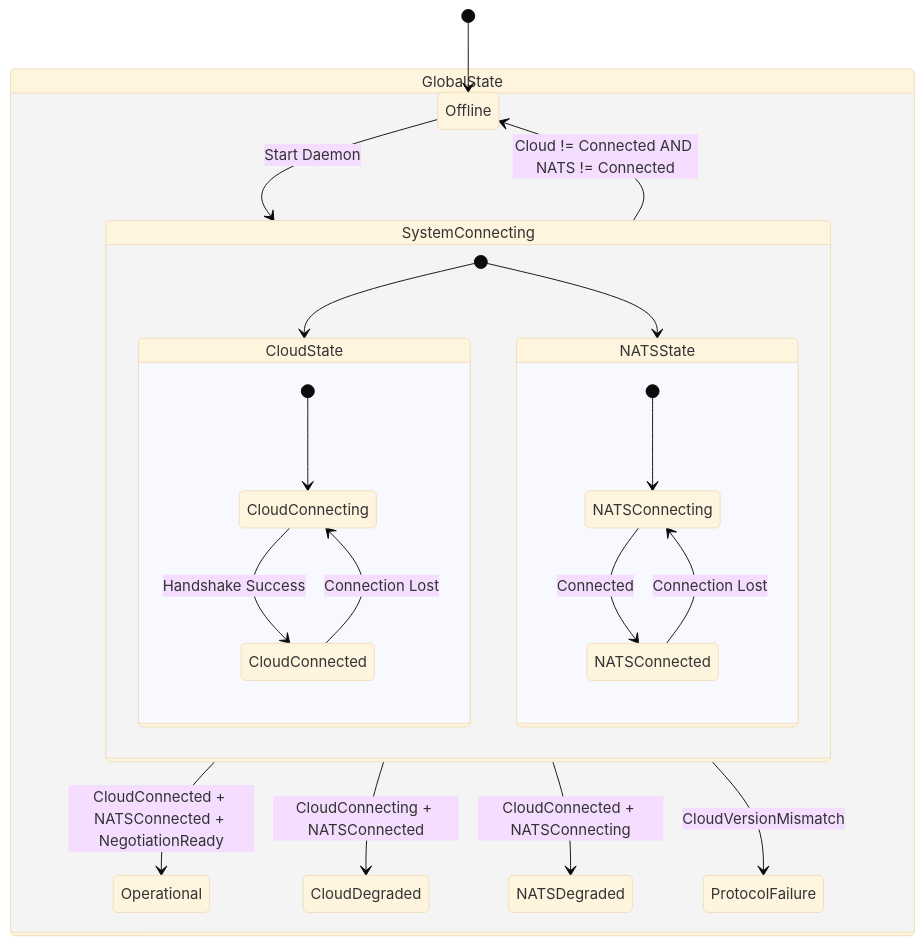
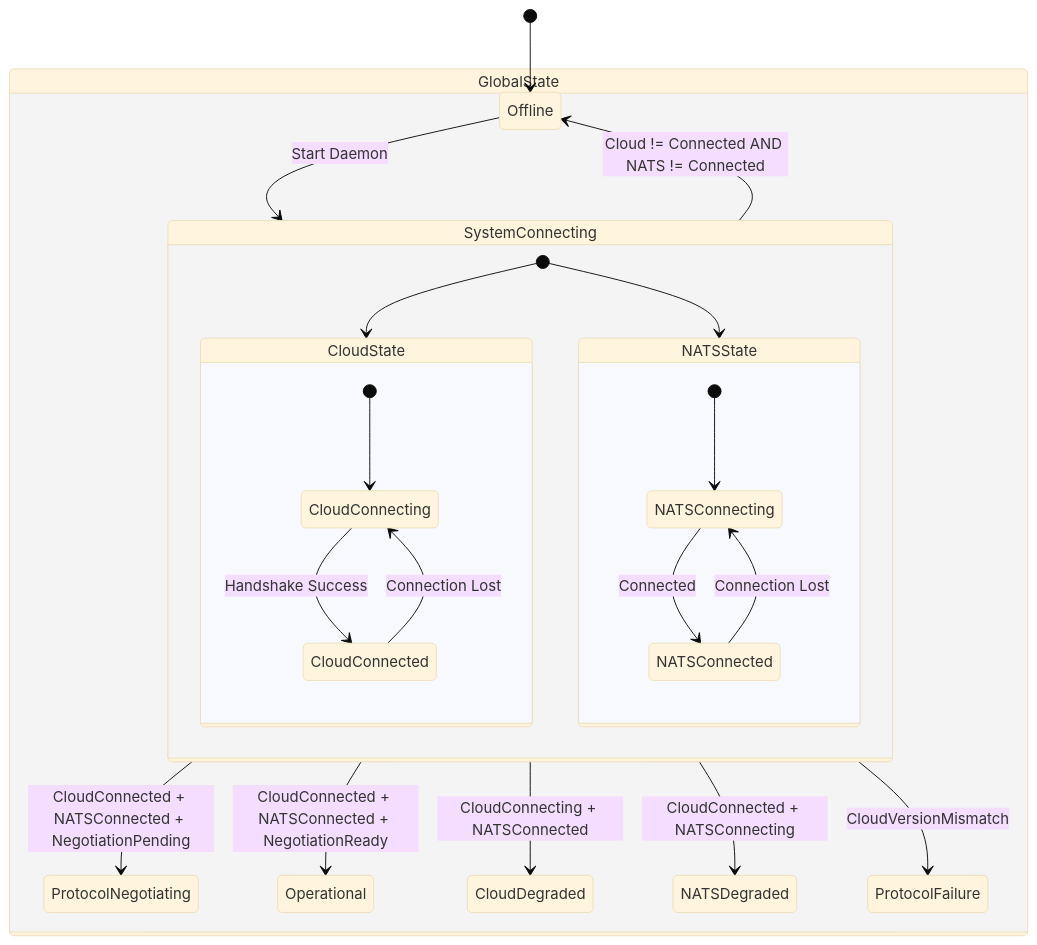
The fifth of 5 diagrams in HIGH_LEVEL_DESIGN.md (routerarchitects/TIP-olg-ucentral-client), drawn with Mermaid (base theme) before and after one commit. The commit also changed other lines of this file and 3 other files, not shown here.

````diff
--- a/HIGH_LEVEL_DESIGN.md
+++ b/HIGH_LEVEL_DESIGN.md
@@ -280,30 +280,31 @@
 ```mermaid
 stateDiagram-v2
     [*] --> Offline
     Offline --> SystemConnecting : Start Daemon
     
     state SystemConnecting {
         [*] --> CloudState
         [*] --> NATSState
         
         state CloudState {
             [*] --> CloudConnecting
             CloudConnecting --> CloudConnected : Handshake Success
             CloudConnected --> CloudConnecting : Connection Lost
         }
         
         state NATSState {
             [*] --> NATSConnecting
             NATSConnecting --> NATSConnected : Connected
             NATSConnected --> NATSConnecting : Connection Lost
         }
     }
     
     state GlobalState {
         SystemConnecting --> Offline : Cloud != Connected AND NATS != Connected
+        SystemConnecting --> ProtocolNegotiating : CloudConnected + NATSConnected + NegotiationPending
         SystemConnecting --> Operational : CloudConnected + NATSConnected + NegotiationReady
         SystemConnecting --> CloudDegraded : CloudConnecting + NATSConnected
         SystemConnecting --> NATSDegraded : CloudConnected + NATSConnecting
         SystemConnecting --> ProtocolFailure : CloudVersionMismatch
     }
 ```
````
